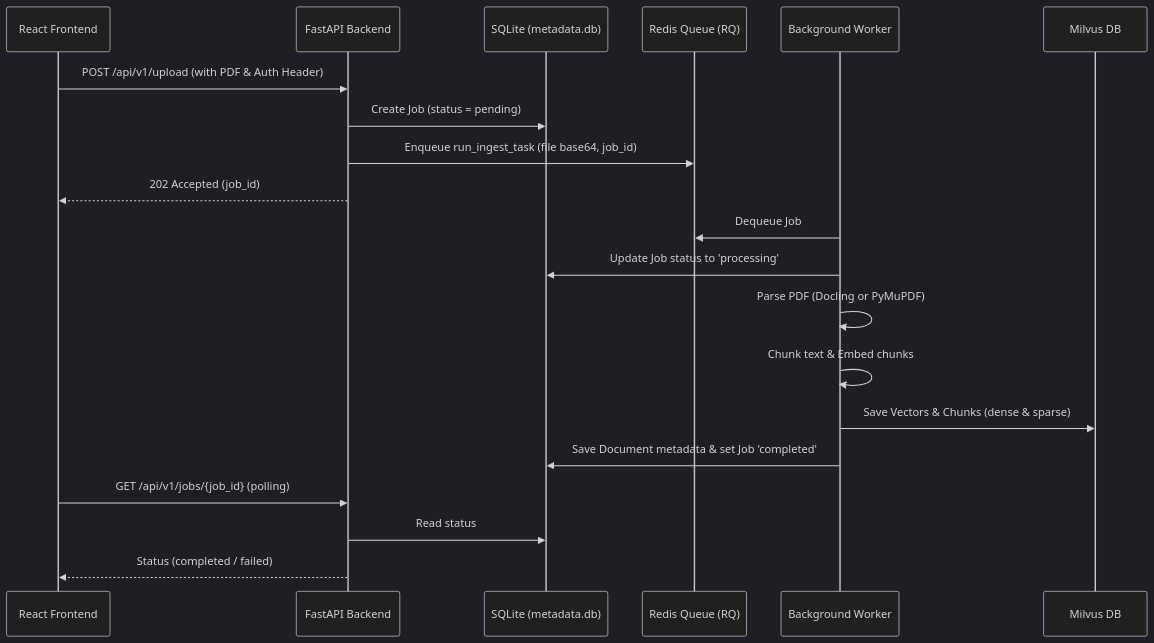
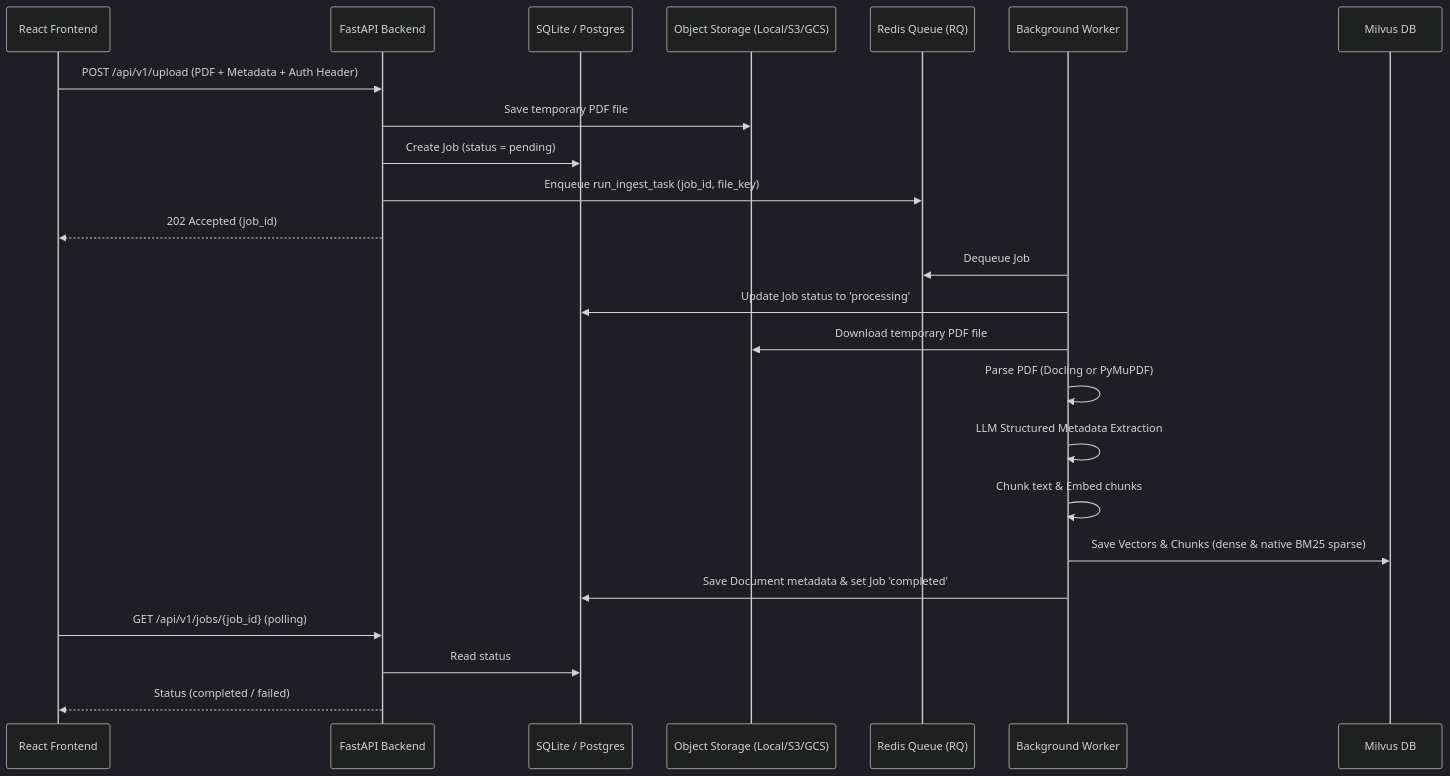
The first of 2 diagrams in README.md (chandra34/Industrial_AI), drawn with Mermaid (dark theme) before and after one commit. The commit also changed other lines of this file and 6 other files, not shown here.

First line of the commit message:
feat(rag): add metadata upload inputs, refine intent prompts, and clean RAG output formatting

````diff
--- a/README.md
+++ b/README.md
@@ -80,25 +126,29 @@
 ```mermaid
 sequenceDiagram
     participant UI as React Frontend
     participant API as FastAPI Backend
-    participant DB as SQLite (metadata.db)
+    participant DB as SQLite / Postgres
+    participant Storage as Object Storage (Local/S3/GCS)
     participant Redis as Redis Queue (RQ)
     participant Worker as Background Worker
     participant Milvus as Milvus DB
     
-    UI->>API: POST /api/v1/upload (with PDF & Auth Header)
+    UI->>API: POST /api/v1/upload (PDF + Metadata + Auth Header)
+    API->>Storage: Save temporary PDF file
     API->>DB: Create Job (status = pending)
-    API->>Redis: Enqueue run_ingest_task (file base64, job_id)
+    API->>Redis: Enqueue run_ingest_task (job_id, file_key)
     API-->>UI: 202 Accepted (job_id)
     
     Worker->>Redis: Dequeue Job
     Worker->>DB: Update Job status to 'processing'
+    Worker->>Storage: Download temporary PDF file
     Worker->>Worker: Parse PDF (Docling or PyMuPDF)
+    Worker->>Worker: LLM Structured Metadata Extraction
     Worker->>Worker: Chunk text & Embed chunks
-    Worker->>Milvus: Save Vectors & Chunks (dense & sparse)
+    Worker->>Milvus: Save Vectors & Chunks (dense & native BM25 sparse)
     Worker->>DB: Save Document metadata & set Job 'completed'
     
     UI->>API: GET /api/v1/jobs/{job_id} (polling)
     API->>DB: Read status
     API-->>UI: Status (completed / failed)
 ```
````
